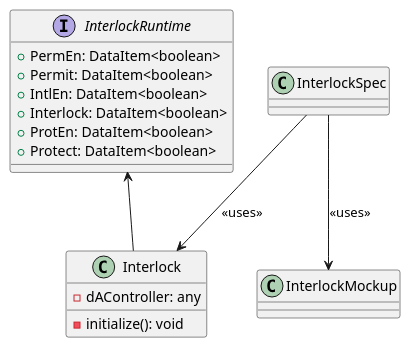
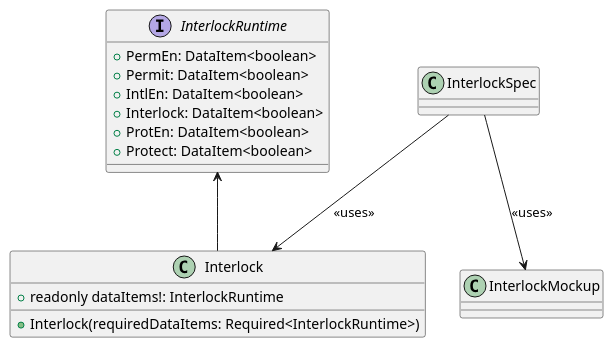
One commit to p2o-lab/polaris-backend changed the diagram in src/modularPlantManager/pea/dataAssembly/baseFunction/interlock/Interlock.puml. Above: the diagram before and after it, drawn with PlantUML. The commit also changed 12 other files, not shown here.

```diff
--- a/src/modularPlantManager/pea/dataAssembly/baseFunction/interlock/Interlock.puml
+++ b/src/modularPlantManager/pea/dataAssembly/baseFunction/interlock/Interlock.puml
@@ -26,22 +26,23 @@
 @startuml
 'https://plantuml.com/class-diagram
 
 interface InterlockRuntime{
 	+ PermEn: DataItem<boolean>
 	+ Permit: DataItem<boolean>
 	+ IntlEn: DataItem<boolean>
 	+ Interlock: DataItem<boolean>
 	+ ProtEn: DataItem<boolean>
 	+ Protect: DataItem<boolean>
 }
 
 class Interlock{
-    - dAController: any
-    - initialize(): void
+    + readonly dataItems!: InterlockRuntime
+
+    + Interlock(requiredDataItems: Required<InterlockRuntime>)
 }
 
 InterlockRuntime <-- Interlock
 InterlockSpec --> Interlock : <<uses>>
 InterlockSpec --> InterlockMockup : <<uses>>
 
 @enduml
```
